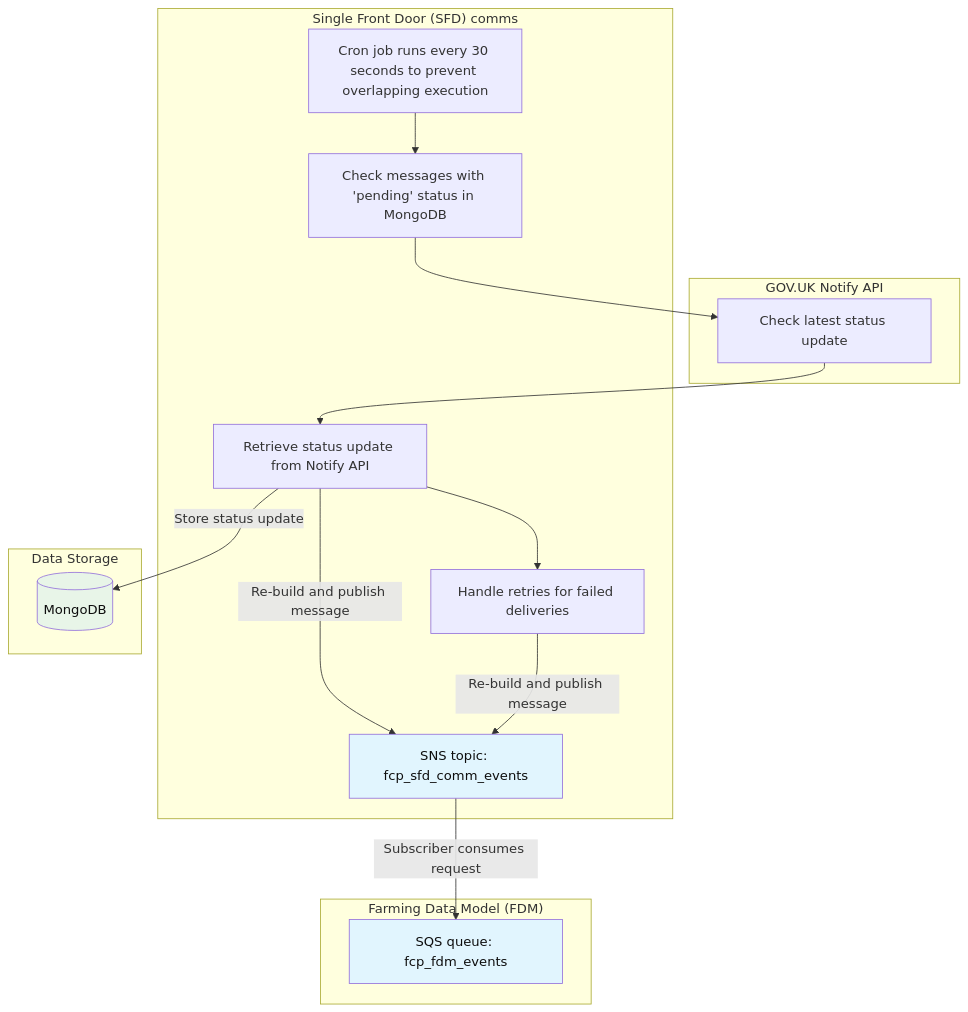
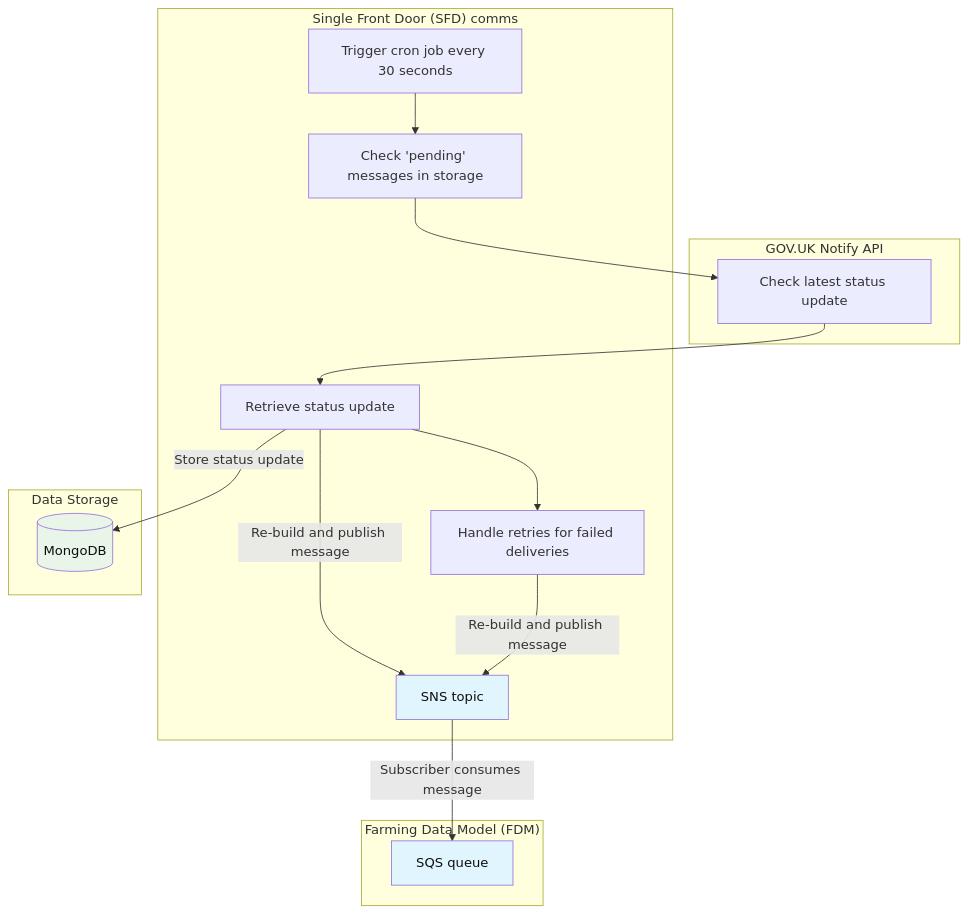
The second of 3 diagrams in README.md (DEFRA/fcp-sfd-comms), drawn with Mermaid before and after one commit.

Commit message:
add other tweaks

````diff
--- a/README.md
+++ b/README.md
@@ -92,35 +92,35 @@
 ```mermaid
 graph
     subgraph "GOV.UK Notify API"
         NOTIFY_STATUS[Check latest status update]
     end
 
     subgraph "Single Front Door (SFD) comms"
-        CRON[Cron job runs every 30 seconds to prevent overlapping execution]
-        CHECK_DB[Check messages with 'pending' status in MongoDB]
-        UPDATE_DB[Retrieve status update from Notify API]
+        CRON[Trigger cron job every 30 seconds]
+        CHECK_DB[Check 'pending' messages in storage]
+        UPDATE_DB[Retrieve status update]
         RETRY[Handle retries for failed deliveries]
-        SNS[SNS topic: fcp_sfd_comm_events]
+        SNS[SNS topic]
     end
 
     subgraph "Data Storage"
         MONGO[(MongoDB)]
     end
 
     subgraph "Farming Data Model (FDM)"
-        SQS[SQS queue: fcp_fdm_events]
+        SQS[SQS queue]
     end
 
     CRON --> CHECK_DB
     CHECK_DB --> NOTIFY_STATUS
     NOTIFY_STATUS --> UPDATE_DB
     UPDATE_DB -->|Store status update| MONGO
     UPDATE_DB -->|Re-build and publish message| SNS
-    SNS -->|Subscriber consumes request| SQS
     UPDATE_DB --> RETRY
     RETRY -->|Re-build and publish message| SNS
+    SNS -->|Subscriber consumes message| SQS
 
     style MONGO fill:#e8f5e8,color:#0E0E0E
     style SNS fill:#e1f5fe,color:#0E0E0E
     style SQS fill:#e1f5fe,color:#0E0E0E
 ```
````
